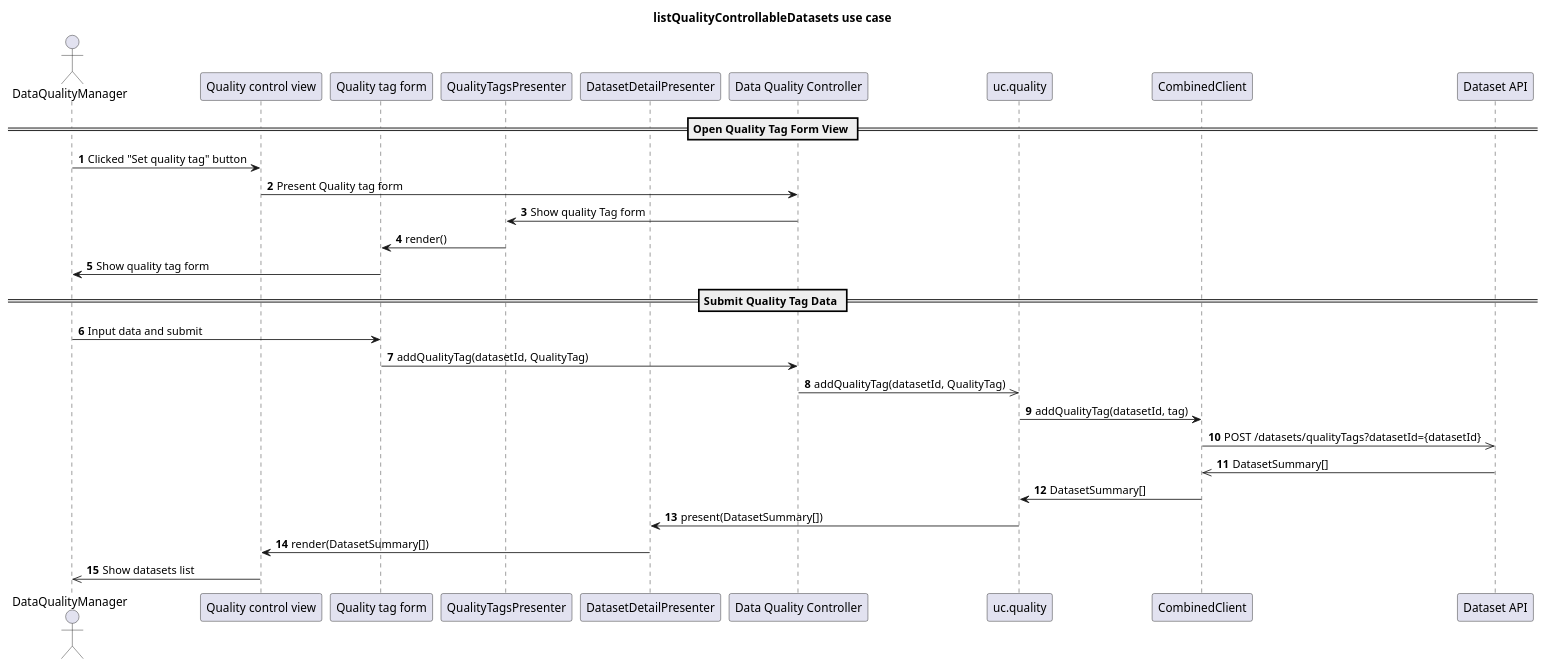
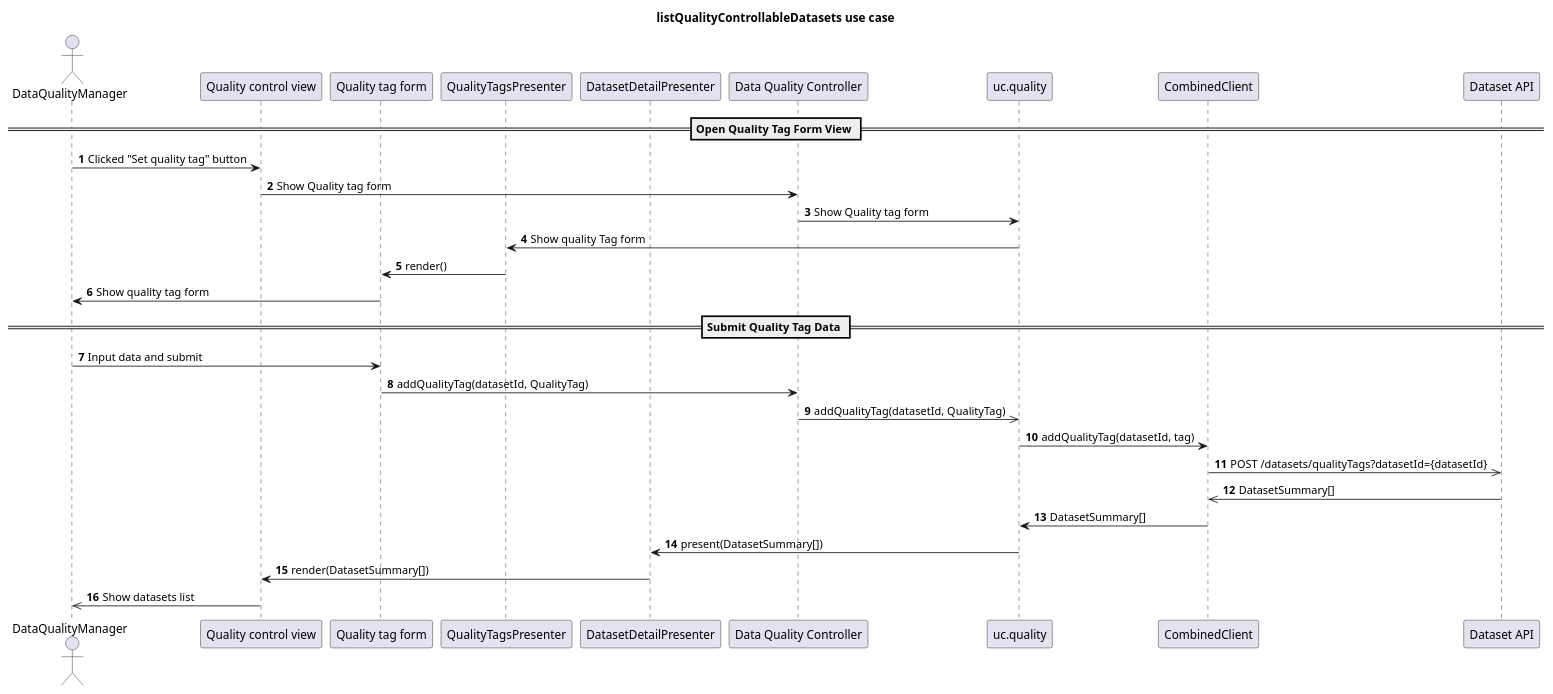
Before and after one commit to POP2025-EEPW/doorce-frontend: the diagram in diagrams/sequence/setQualityTag.puml, drawn with PlantUML. The commit also changed 2 other files, not shown here.

Commit message:
fix: fixed errors in diagrams

```diff
--- a/diagrams/sequence/setQualityTag.puml
+++ b/diagrams/sequence/setQualityTag.puml
@@ -1,34 +1,35 @@
 @startuml
 title listQualityControllableDatasets use case
 autonumber
 
 actor DataQualityManager as User
 
 participant "Quality control view" as View
 participant "Quality tag form" as TagView
 participant "QualityTagsPresenter" as Presenter
 participant "DatasetDetailPresenter" as DatasetPresenter
 participant "Data Quality Controller" as Controller
 participant "uc.quality" as UseCase
 participant "CombinedClient" as Client
 participant "Dataset API" as Http
 
 == Open Quality Tag Form View ==
 User -> View : Clicked "Set quality tag" button
-View -> Controller : Present Quality tag form
-Controller -> Presenter : Show quality Tag form
+View -> Controller : Show Quality tag form
+Controller -> UseCase : Show Quality tag form
+UseCase -> Presenter : Show quality Tag form
 Presenter -> TagView : render()
 TagView -> User : Show quality tag form
 == Submit Quality Tag Data ==
 User -> TagView : Input data and submit
 TagView -> Controller : addQualityTag(datasetId, QualityTag)
 Controller ->> UseCase : addQualityTag(datasetId, QualityTag)
 UseCase -> Client : addQualityTag(datasetId, tag)
 Client ->> Http : POST /datasets/qualityTags?datasetId={datasetId}
 Http ->> Client : DatasetSummary[]
 Client -> UseCase : DatasetSummary[]
 UseCase -> DatasetPresenter : present(DatasetSummary[])
 DatasetPresenter -> View : render(DatasetSummary[])
 View ->> User : Show datasets list
 
 @enduml
```
